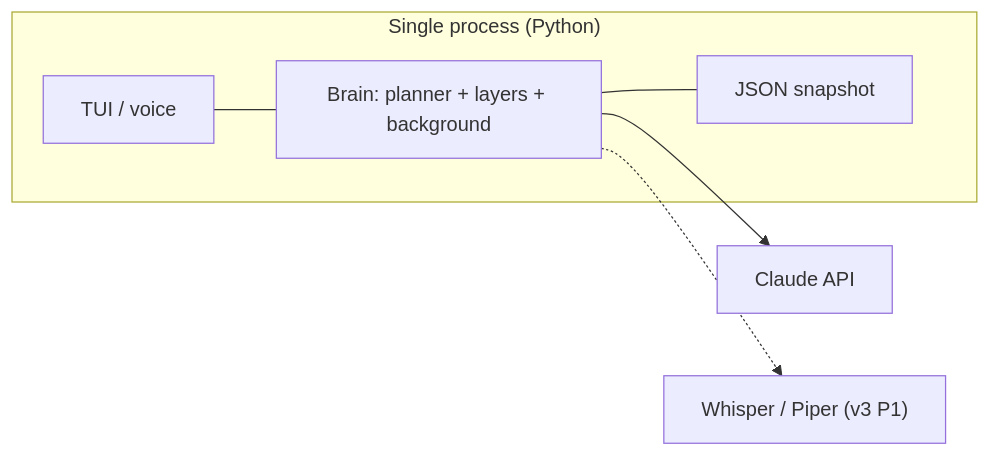
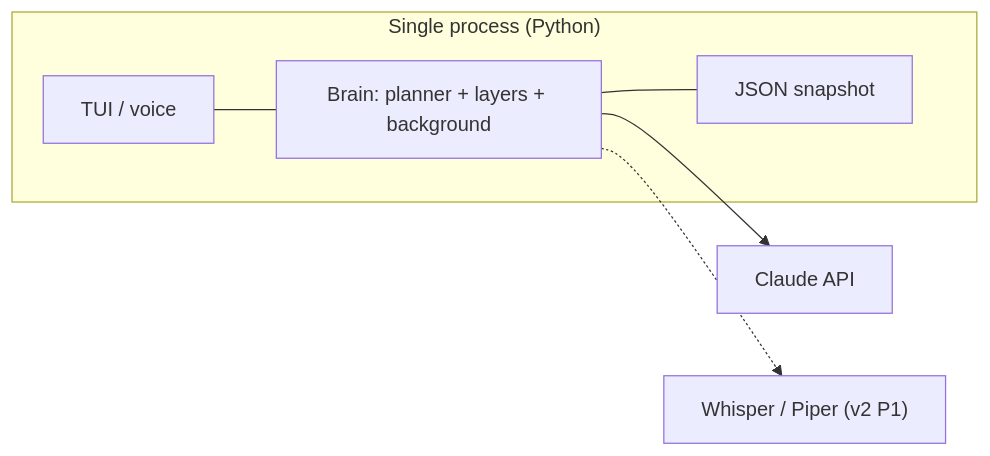
Before and after one commit to ichMaster/vani: the fourth of 5 diagrams in specification/architecture/architecture-v0.1.en.md, drawn with Mermaid. The commit also changed other lines of this file and 21 other files, not shown here.

````diff
--- a/specification/architecture/architecture-v0.1.en.md
+++ b/specification/architecture/architecture-v0.1.en.md
@@ -177,14 +177,14 @@
 ```mermaid
 flowchart LR
   subgraph PROC["Single process (Python)"]
     TUIc["TUI / voice"]
     BRAINc["Brain: planner + layers + background"]
     JSONc["JSON snapshot"]
   end
   API["Claude API"]
-  LOC["Whisper / Piper (v3 P1)"]
+  LOC["Whisper / Piper (v2 P1)"]
   TUIc --- BRAINc
   BRAINc --- JSONc
   BRAINc --> API
   BRAINc -.-> LOC
 ```
````
